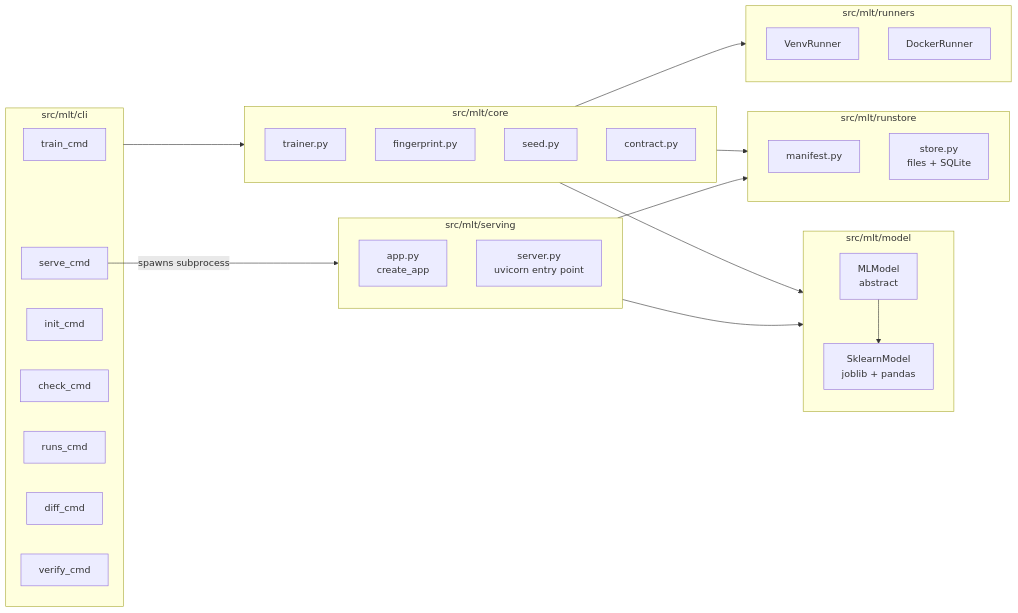
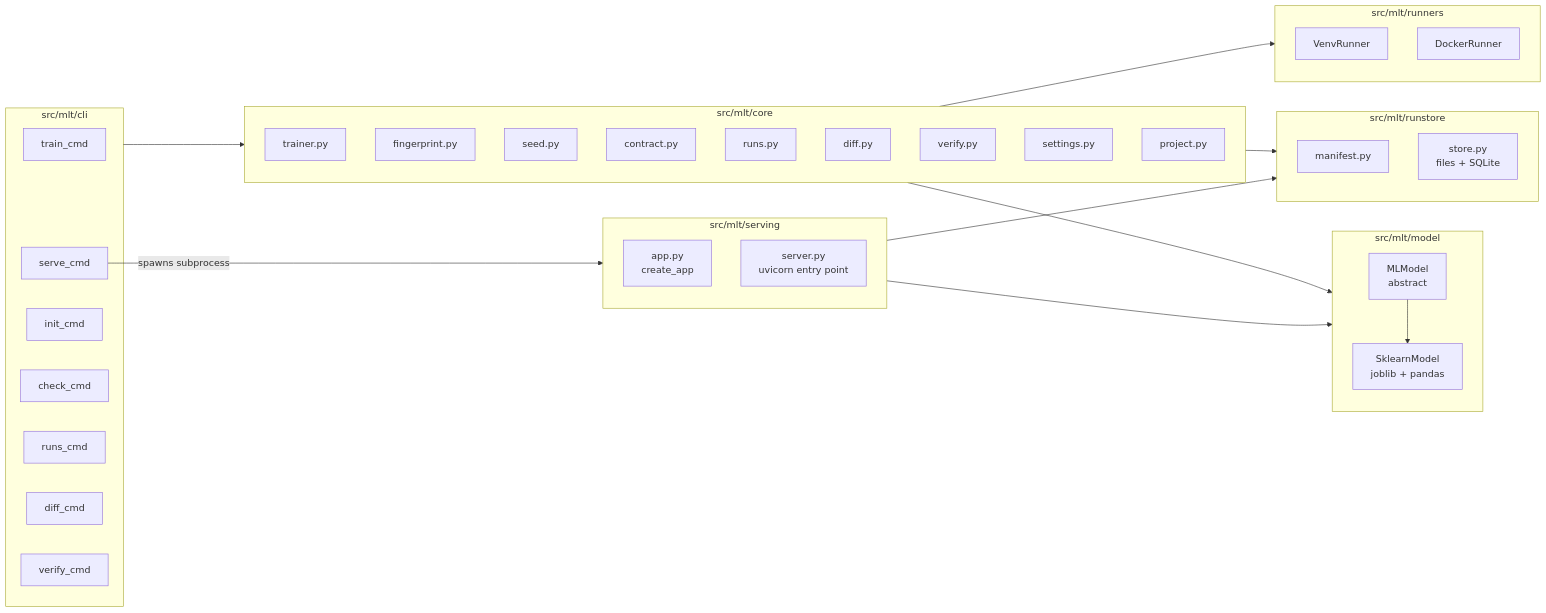
Before and after one commit to rafa-am/olx-mlops-case: the third of 4 diagrams in docs/architecture.md, drawn with Mermaid. The commit also changed other lines of this file and 2 other files, not shown here.

First line of the commit message:
update docs for v0.2.0: architecture, decisions and AI usage log

````diff
--- a/docs/architecture.md
+++ b/docs/architecture.md
@@ -59,34 +59,35 @@
 ```mermaid
 flowchart LR
     subgraph CLI [src/mlt/cli]
         TC[train_cmd] & SC[serve_cmd] & IC[init_cmd] & CC[check_cmd] & RC[runs_cmd] & DC[diff_cmd] & VC[verify_cmd]
     end
 
     subgraph CORE [src/mlt/core]
         TR[trainer.py] & FP[fingerprint.py] & SEED[seed.py] & CONTR[contract.py]
+        RUNS[runs.py] & DIFF[diff.py] & VER[verify.py] & SET[settings.py] & PROJ[project.py]
     end
 
     subgraph MODEL [src/mlt/model]
         BASE[MLModel\nabstract] --> SKL[SklearnModel\njoblib + pandas]
     end
 
     subgraph RUNNERS [src/mlt/runners]
         VENV[VenvRunner] & DOCK[DockerRunner]
     end
 
     subgraph STORE [src/mlt/runstore]
         MAN[manifest.py] & ST[store.py\nfiles + SQLite]
     end
 
     subgraph SERVING [src/mlt/serving]
         APP[app.py\ncreate_app] & SRV[server.py\nuvicorn entry point]
     end
 
     CLI --> CORE
     CORE --> RUNNERS
     CORE --> STORE
     CORE --> MODEL
     SC -->|spawns subprocess| SERVING
     SERVING --> MODEL
     SERVING --> STORE
 ```
````
